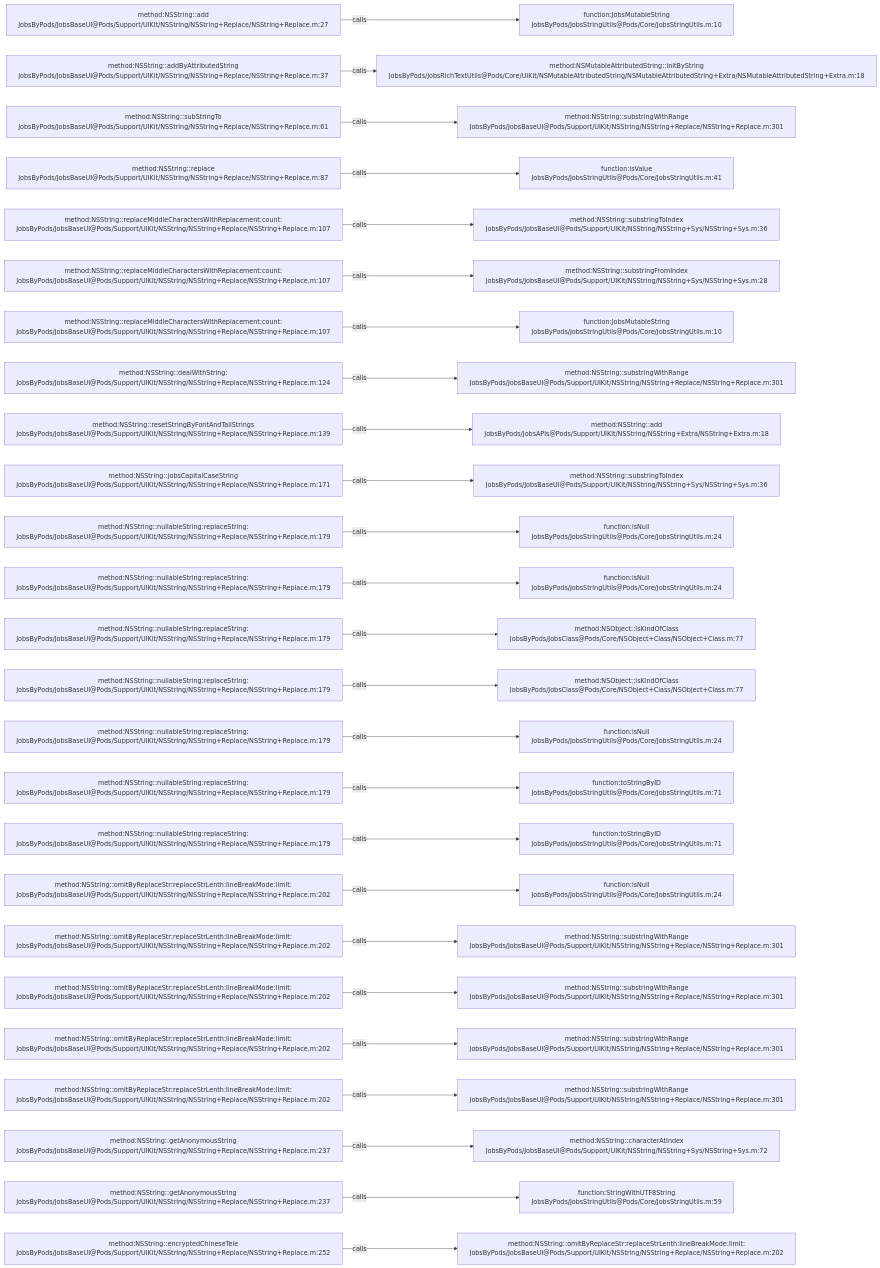
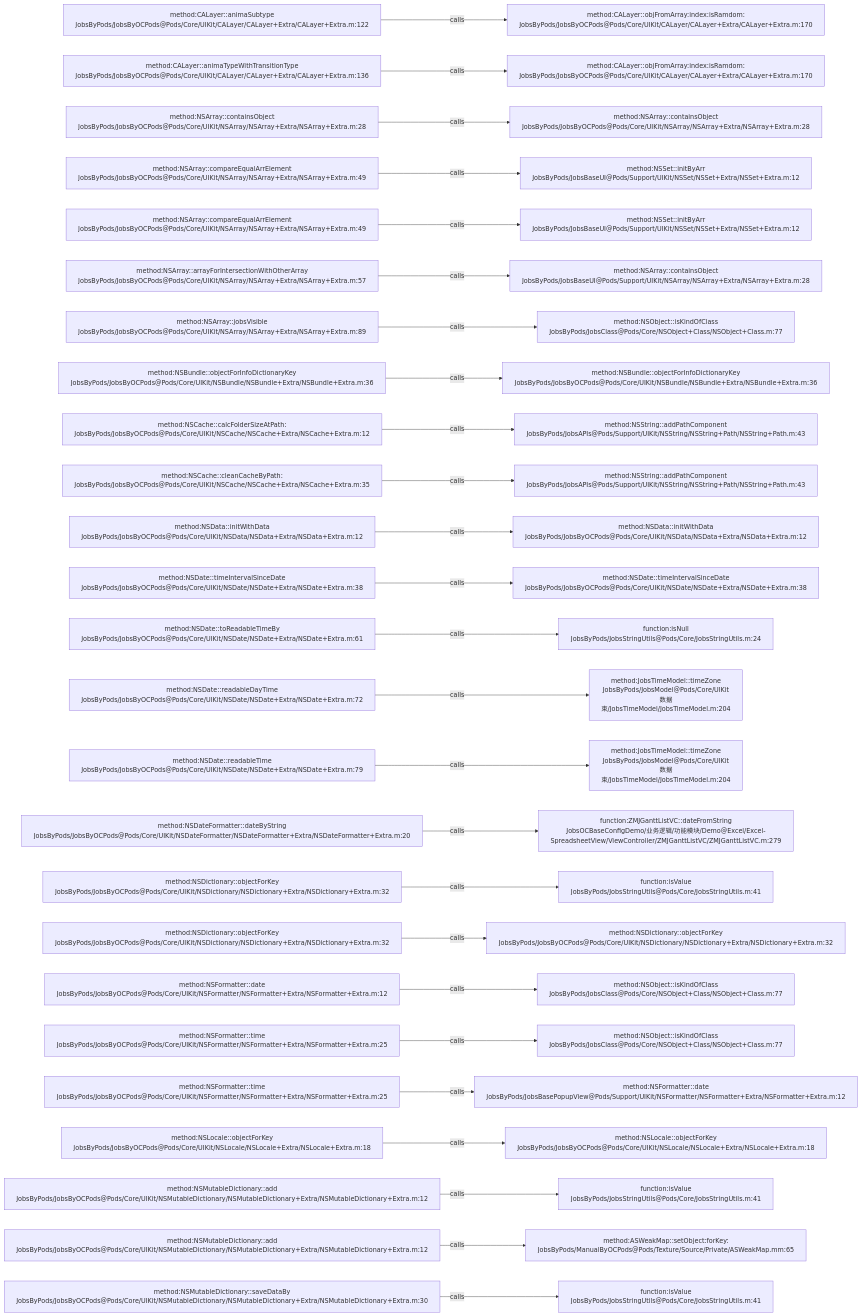
One commit to JobsKits/JobsOCBaseConfigDemo changed the diagram in .codegraph/codegraph.md/graphs/calls-052.md. Above: the diagram before and after it, drawn with Mermaid. The commit also changed 1026 other files, not shown here.

````diff
--- a/.codegraph/codegraph.md/graphs/calls-052.md
+++ b/.codegraph/codegraph.md/graphs/calls-052.md
@@ -13,78 +13,78 @@
 ```mermaid
 flowchart LR
-  S1["method:NSString::add<br/>JobsByPods/JobsBaseUI@Pods/Support/UIKit/NSString/NSString+Replace/NSString+Replace.m:27"]
-  T1["function:JobsMutableString<br/>JobsByPods/JobsStringUtils@Pods/Core/JobsStringUtils.m:10"]
+  S1["method:CALayer::animaSubtype<br/>JobsByPods/JobsByOCPods@Pods/Core/UIKit/CALayer/CALayer+Extra/CALayer+Extra.m:122"]
+  T1["method:CALayer::objFromArray:index:isRamdom:<br/>JobsByPods/JobsByOCPods@Pods/Core/UIKit/CALayer/CALayer+Extra/CALayer+Extra.m:170"]
   S1 -->|calls| T1
-  S2["method:NSString::addByAttributedString<br/>JobsByPods/JobsBaseUI@Pods/Support/UIKit/NSString/NSString+Replace/NSString+Replace.m:37"]
-  T2["method:NSMutableAttributedString::initByString<br/>JobsByPods/JobsRichTextUtils@Pods/Core/UIKit/NSMutableAttributedString/NSMutableAttributedString+Extra/NSMutableAttributedString+Extra.m:18"]
+  S2["method:CALayer::animaTypeWithTransitionType<br/>JobsByPods/JobsByOCPods@Pods/Core/UIKit/CALayer/CALayer+Extra/CALayer+Extra.m:136"]
+  T2["method:CALayer::objFromArray:index:isRamdom:<br/>JobsByPods/JobsByOCPods@Pods/Core/UIKit/CALayer/CALayer+Extra/CALayer+Extra.m:170"]
   S2 -->|calls| T2
-  S3["method:NSString::subStringTo<br/>JobsByPods/JobsBaseUI@Pods/Support/UIKit/NSString/NSString+Replace/NSString+Replace.m:61"]
-  T3["method:NSString::substringWithRange<br/>JobsByPods/JobsBaseUI@Pods/Support/UIKit/NSString/NSString+Replace/NSString+Replace.m:301"]
+  S3["method:NSArray::containsObject<br/>JobsByPods/JobsByOCPods@Pods/Core/UIKit/NSArray/NSArray+Extra/NSArray+Extra.m:28"]
+  T3["method:NSArray::containsObject<br/>JobsByPods/JobsByOCPods@Pods/Core/UIKit/NSArray/NSArray+Extra/NSArray+Extra.m:28"]
   S3 -->|calls| T3
-  S4["method:NSString::replace<br/>JobsByPods/JobsBaseUI@Pods/Support/UIKit/NSString/NSString+Replace/NSString+Replace.m:87"]
-  T4["function:isValue<br/>JobsByPods/JobsStringUtils@Pods/Core/JobsStringUtils.m:41"]
+  S4["method:NSArray::compareEqualArrElement<br/>JobsByPods/JobsByOCPods@Pods/Core/UIKit/NSArray/NSArray+Extra/NSArray+Extra.m:49"]
+  T4["method:NSSet::initByArr<br/>JobsByPods/JobsBaseUI@Pods/Support/UIKit/NSSet/NSSet+Extra/NSSet+Extra.m:12"]
   S4 -->|calls| T4
-  S5["method:NSString::replaceMiddleCharactersWithReplacement:count:<br/>JobsByPods/JobsBaseUI@Pods/Support/UIKit/NSString/NSString+Replace/NSString+Replace.m:107"]
-  T5["method:NSString::substringToIndex<br/>JobsByPods/JobsBaseUI@Pods/Support/UIKit/NSString/NSString+Sys/NSString+Sys.m:36"]
+  S5["method:NSArray::compareEqualArrElement<br/>JobsByPods/JobsByOCPods@Pods/Core/UIKit/NSArray/NSArray+Extra/NSArray+Extra.m:49"]
+  T5["method:NSSet::initByArr<br/>JobsByPods/JobsBaseUI@Pods/Support/UIKit/NSSet/NSSet+Extra/NSSet+Extra.m:12"]
   S5 -->|calls| T5
-  S6["method:NSString::replaceMiddleCharactersWithReplacement:count:<br/>JobsByPods/JobsBaseUI@Pods/Support/UIKit/NSString/NSString+Replace/NSString+Replace.m:107"]
-  T6["method:NSString::substringFromIndex<br/>JobsByPods/JobsBaseUI@Pods/Support/UIKit/NSString/NSString+Sys/NSString+Sys.m:28"]
+  S6["method:NSArray::arrayForIntersectionWithOtherArray<br/>JobsByPods/JobsByOCPods@Pods/Core/UIKit/NSArray/NSArray+Extra/NSArray+Extra.m:57"]
+  T6["method:NSArray::containsObject<br/>JobsByPods/JobsBaseUI@Pods/Support/UIKit/NSArray/NSArray+Extra/NSArray+Extra.m:28"]
   S6 -->|calls| T6
-  S7["method:NSString::replaceMiddleCharactersWithReplacement:count:<br/>JobsByPods/JobsBaseUI@Pods/Support/UIKit/NSString/NSString+Replace/NSString+Replace.m:107"]
-  T7["function:JobsMutableString<br/>JobsByPods/JobsStringUtils@Pods/Core/JobsStringUtils.m:10"]
+  S7["method:NSArray::jobsVisible<br/>JobsByPods/JobsByOCPods@Pods/Core/UIKit/NSArray/NSArray+Extra/NSArray+Extra.m:89"]
+  T7["method:NSObject::isKindOfClass<br/>JobsByPods/JobsClass@Pods/Core/NSObject+Class/NSObject+Class.m:77"]
   S7 -->|calls| T7
-  S8["method:NSString::dealWithString:<br/>JobsByPods/JobsBaseUI@Pods/Support/UIKit/NSString/NSString+Replace/NSString+Replace.m:124"]
-  T8["method:NSString::substringWithRange<br/>JobsByPods/JobsBaseUI@Pods/Support/UIKit/NSString/NSString+Replace/NSString+Replace.m:301"]
+  S8["method:NSBundle::objectForInfoDictionaryKey<br/>JobsByPods/JobsByOCPods@Pods/Core/UIKit/NSBundle/NSBundle+Extra/NSBundle+Extra.m:36"]
+  T8["method:NSBundle::objectForInfoDictionaryKey<br/>JobsByPods/JobsByOCPods@Pods/Core/UIKit/NSBundle/NSBundle+Extra/NSBundle+Extra.m:36"]
   S8 -->|calls| T8
-  S9["method:NSString::resetStringByFontAndTailStrings<br/>JobsByPods/JobsBaseUI@Pods/Support/UIKit/NSString/NSString+Replace/NSString+Replace.m:139"]
-  T9["method:NSString::add<br/>JobsByPods/JobsAPIs@Pods/Support/UIKit/NSString/NSString+Extra/NSString+Extra.m:18"]
+  S9["method:NSCache::calcFolderSizeAtPath:<br/>JobsByPods/JobsByOCPods@Pods/Core/UIKit/NSCache/NSCache+Extra/NSCache+Extra.m:12"]
+  T9["method:NSString::addPathComponent<br/>JobsByPods/JobsAPIs@Pods/Support/UIKit/NSString/NSString+Path/NSString+Path.m:43"]
   S9 -->|calls| T9
-  S10["method:NSString::jobsCapitalCaseString<br/>JobsByPods/JobsBaseUI@Pods/Support/UIKit/NSString/NSString+Replace/NSString+Replace.m:171"]
-  T10["method:NSString::substringToIndex<br/>JobsByPods/JobsBaseUI@Pods/Support/UIKit/NSString/NSString+Sys/NSString+Sys.m:36"]
+  S10["method:NSCache::cleanCacheByPath:<br/>JobsByPods/JobsByOCPods@Pods/Core/UIKit/NSCache/NSCache+Extra/NSCache+Extra.m:35"]
+  T10["method:NSString::addPathComponent<br/>JobsByPods/JobsAPIs@Pods/Support/UIKit/NSString/NSString+Path/NSString+Path.m:43"]
   S10 -->|calls| T10
-  S11["method:NSString::nullableString:replaceString:<br/>JobsByPods/JobsBaseUI@Pods/Support/UIKit/NSString/NSString+Replace/NSString+Replace.m:179"]
-  T11["function:isNull<br/>JobsByPods/JobsStringUtils@Pods/Core/JobsStringUtils.m:24"]
+  S11["method:NSData::initWithData<br/>JobsByPods/JobsByOCPods@Pods/Core/UIKit/NSData/NSData+Extra/NSData+Extra.m:12"]
+  T11["method:NSData::initWithData<br/>JobsByPods/JobsByOCPods@Pods/Core/UIKit/NSData/NSData+Extra/NSData+Extra.m:12"]
   S11 -->|calls| T11
-  S12["method:NSString::nullableString:replaceString:<br/>JobsByPods/JobsBaseUI@Pods/Support/UIKit/NSString/NSString+Replace/NSString+Replace.m:179"]
-  T12["function:isNull<br/>JobsByPods/JobsStringUtils@Pods/Core/JobsStringUtils.m:24"]
+  S12["method:NSDate::timeIntervalSinceDate<br/>JobsByPods/JobsByOCPods@Pods/Core/UIKit/NSDate/NSDate+Extra/NSDate+Extra.m:38"]
+  T12["method:NSDate::timeIntervalSinceDate<br/>JobsByPods/JobsByOCPods@Pods/Core/UIKit/NSDate/NSDate+Extra/NSDate+Extra.m:38"]
   S12 -->|calls| T12
-  S13["method:NSString::nullableString:replaceString:<br/>JobsByPods/JobsBaseUI@Pods/Support/UIKit/NSString/NSString+Replace/NSString+Replace.m:179"]
-  T13["method:NSObject::isKindOfClass<br/>JobsByPods/JobsClass@Pods/Core/NSObject+Class/NSObject+Class.m:77"]
+  S13["method:NSDate::toReadableTimeBy<br/>JobsByPods/JobsByOCPods@Pods/Core/UIKit/NSDate/NSDate+Extra/NSDate+Extra.m:61"]
+  T13["function:isNull<br/>JobsByPods/JobsStringUtils@Pods/Core/JobsStringUtils.m:24"]
   S13 -->|calls| T13
-  S14["method:NSString::nullableString:replaceString:<br/>JobsByPods/JobsBaseUI@Pods/Support/UIKit/NSString/NSString+Replace/NSString+Replace.m:179"]
-  T14["method:NSObject::isKindOfClass<br/>JobsByPods/JobsClass@Pods/Core/NSObject+Class/NSObject+Class.m:77"]
+  S14["method:NSDate::readableDayTime<br/>JobsByPods/JobsByOCPods@Pods/Core/UIKit/NSDate/NSDate+Extra/NSDate+Extra.m:72"]
+  T14["method:JobsTimeModel::timeZone<br/>JobsByPods/JobsModel@Pods/Core/UIKit数据束/JobsTimeModel/JobsTimeModel.m:204"]
   S14 -->|calls| T14
-  S15["method:NSString::nullableString:replaceString:<br/>JobsByPods/JobsBaseUI@Pods/Support/UIKit/NSString/NSString+Replace/NSString+Replace.m:179"]
-  T15["function:isNull<br/>JobsByPods/JobsStringUtils@Pods/Core/JobsStringUtils.m:24"]
+  S15["method:NSDate::readableTime<br/>JobsByPods/JobsByOCPods@Pods/Core/UIKit/NSDate/NSDate+Extra/NSDate+Extra.m:79"]
+  T15["method:JobsTimeModel::timeZone<br/>JobsByPods/JobsModel@Pods/Core/UIKit数据束/JobsTimeModel/JobsTimeModel.m:204"]
   S15 -->|calls| T15
-  S16["method:NSString::nullableString:replaceString:<br/>JobsByPods/JobsBaseUI@Pods/Support/UIKit/NSString/NSString+Replace/NSString+Replace.m:179"]
-  T16["function:toStringByID<br/>JobsByPods/JobsStringUtils@Pods/Core/JobsStringUtils.m:71"]
+  S16["method:NSDateFormatter::dateByString<br/>JobsByPods/JobsByOCPods@Pods/Core/UIKit/NSDateFormatter/NSDateFormatter+Extra/NSDateFormatter+Extra.m:20"]
+  T16["function:ZMJGanttListVC::dateFromString<br/>JobsOCBaseConfigDemo/业务逻辑/功能模块/Demo@Excel/Excel-SpreadsheetView/ViewController/ZMJGanttListVC/ZMJGanttListVC.m:279"]
   S16 -->|calls| T16
-  S17["method:NSString::nullableString:replaceString:<br/>JobsByPods/JobsBaseUI@Pods/Support/UIKit/NSString/NSString+Replace/NSString+Replace.m:179"]
-  T17["function:toStringByID<br/>JobsByPods/JobsStringUtils@Pods/Core/JobsStringUtils.m:71"]
+  S17["method:NSDictionary::objectForKey<br/>JobsByPods/JobsByOCPods@Pods/Core/UIKit/NSDictionary/NSDictionary+Extra/NSDictionary+Extra.m:32"]
+  T17["function:isValue<br/>JobsByPods/JobsStringUtils@Pods/Core/JobsStringUtils.m:41"]
   S17 -->|calls| T17
-  S18["method:NSString::omitByReplaceStr:replaceStrLenth:lineBreakMode:limit:<br/>JobsByPods/JobsBaseUI@Pods/Support/UIKit/NSString/NSString+Replace/NSString+Replace.m:202"]
-  T18["function:isNull<br/>JobsByPods/JobsStringUtils@Pods/Core/JobsStringUtils.m:24"]
+  S18["method:NSDictionary::objectForKey<br/>JobsByPods/JobsByOCPods@Pods/Core/UIKit/NSDictionary/NSDictionary+Extra/NSDictionary+Extra.m:32"]
+  T18["method:NSDictionary::objectForKey<br/>JobsByPods/JobsByOCPods@Pods/Core/UIKit/NSDictionary/NSDictionary+Extra/NSDictionary+Extra.m:32"]
   S18 -->|calls| T18
-  S19["method:NSString::omitByReplaceStr:replaceStrLenth:lineBreakMode:limit:<br/>JobsByPods/JobsBaseUI@Pods/Support/UIKit/NSString/NSString+Replace/NSString+Replace.m:202"]
-  T19["method:NSString::substringWithRange<br/>JobsByPods/JobsBaseUI@Pods/Support/UIKit/NSString/NSString+Replace/NSString+Replace.m:301"]
+  S19["method:NSFormatter::date<br/>JobsByPods/JobsByOCPods@Pods/Core/UIKit/NSFormatter/NSFormatter+Extra/NSFormatter+Extra.m:12"]
+  T19["method:NSObject::isKindOfClass<br/>JobsByPods/JobsClass@Pods/Core/NSObject+Class/NSObject+Class.m:77"]
   S19 -->|calls| T19
-  S20["method:NSString::omitByReplaceStr:replaceStrLenth:lineBreakMode:limit:<br/>JobsByPods/JobsBaseUI@Pods/Support/UIKit/NSString/NSString+Replace/NSString+Replace.m:202"]
-  T20["method:NSString::substringWithRange<br/>JobsByPods/JobsBaseUI@Pods/Support/UIKit/NSString/NSString+Replace/NSString+Replace.m:301"]
+  S20["method:NSFormatter::time<br/>JobsByPods/JobsByOCPods@Pods/Core/UIKit/NSFormatter/NSFormatter+Extra/NSFormatter+Extra.m:25"]
+  T20["method:NSObject::isKindOfClass<br/>JobsByPods/JobsClass@Pods/Core/NSObject+Class/NSObject+Class.m:77"]
   S20 -->|calls| T20
-  S21["method:NSString::omitByReplaceStr:replaceStrLenth:lineBreakMode:limit:<br/>JobsByPods/JobsBaseUI@Pods/Support/UIKit/NSString/NSString+Replace/NSString+Replace.m:202"]
-  T21["method:NSString::substringWithRange<br/>JobsByPods/JobsBaseUI@Pods/Support/UIKit/NSString/NSString+Replace/NSString+Replace.m:301"]
+  S21["method:NSFormatter::time<br/>JobsByPods/JobsByOCPods@Pods/Core/UIKit/NSFormatter/NSFormatter+Extra/NSFormatter+Extra.m:25"]
+  T21["method:NSFormatter::date<br/>JobsByPods/JobsBasePopupView@Pods/Support/UIKit/NSFormatter/NSFormatter+Extra/NSFormatter+Extra.m:12"]
   S21 -->|calls| T21
-  S22["method:NSString::omitByReplaceStr:replaceStrLenth:lineBreakMode:limit:<br/>JobsByPods/JobsBaseUI@Pods/Support/UIKit/NSString/NSString+Replace/NSString+Replace.m:202"]
-  T22["method:NSString::substringWithRange<br/>JobsByPods/JobsBaseUI@Pods/Support/UIKit/NSString/NSString+Replace/NSString+Replace.m:301"]
+  S22["method:NSLocale::objectForKey<br/>JobsByPods/JobsByOCPods@Pods/Core/UIKit/NSLocale/NSLocale+Extra/NSLocale+Extra.m:18"]
+  T22["method:NSLocale::objectForKey<br/>JobsByPods/JobsByOCPods@Pods/Core/UIKit/NSLocale/NSLocale+Extra/NSLocale+Extra.m:18"]
   S22 -->|calls| T22
-  S23["method:NSString::getAnonymousString<br/>JobsByPods/JobsBaseUI@Pods/Support/UIKit/NSString/NSString+Replace/NSString+Replace.m:237"]
-  T23["method:NSString::characterAtIndex<br/>JobsByPods/JobsBaseUI@Pods/Support/UIKit/NSString/NSString+Sys/NSString+Sys.m:72"]
+  S23["method:NSMutableDictionary::add<br/>JobsByPods/JobsByOCPods@Pods/Core/UIKit/NSMutableDictionary/NSMutableDictionary+Extra/NSMutableDictionary+Extra.m:12"]
+  T23["function:isValue<br/>JobsByPods/JobsStringUtils@Pods/Core/JobsStringUtils.m:41"]
   S23 -->|calls| T23
-  S24["method:NSString::getAnonymousString<br/>JobsByPods/JobsBaseUI@Pods/Support/UIKit/NSString/NSString+Replace/NSString+Replace.m:237"]
-  T24["function:StringWithUTF8String<br/>JobsByPods/JobsStringUtils@Pods/Core/JobsStringUtils.m:59"]
+  S24["method:NSMutableDictionary::add<br/>JobsByPods/JobsByOCPods@Pods/Core/UIKit/NSMutableDictionary/NSMutableDictionary+Extra/NSMutableDictionary+Extra.m:12"]
+  T24["method:ASWeakMap::setObject:forKey:<br/>JobsByPods/ManualByOCPods@Pods/Texture/Source/Private/ASWeakMap.mm:65"]
   S24 -->|calls| T24
-  S25["method:NSString::encryptedChineseTele<br/>JobsByPods/JobsBaseUI@Pods/Support/UIKit/NSString/NSString+Replace/NSString+Replace.m:252"]
-  T25["method:NSString::omitByReplaceStr:replaceStrLenth:lineBreakMode:limit:<br/>JobsByPods/JobsBaseUI@Pods/Support/UIKit/NSString/NSString+Replace/NSString+Replace.m:202"]
+  S25["method:NSMutableDictionary::saveDataBy<br/>JobsByPods/JobsByOCPods@Pods/Core/UIKit/NSMutableDictionary/NSMutableDictionary+Extra/NSMutableDictionary+Extra.m:30"]
+  T25["function:isValue<br/>JobsByPods/JobsStringUtils@Pods/Core/JobsStringUtils.m:41"]
   S25 -->|calls| T25
 ```
````
